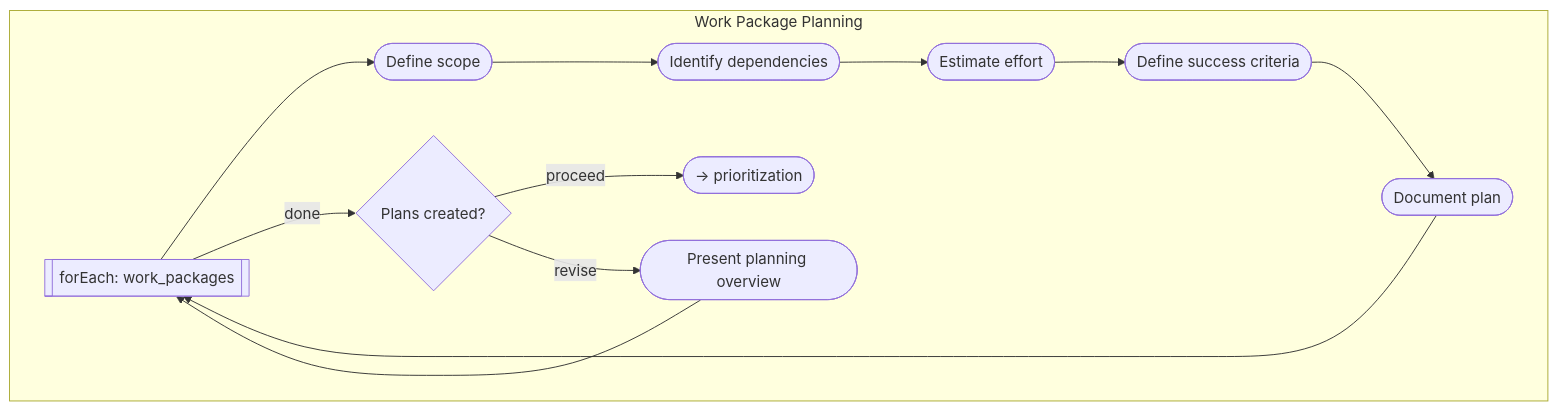
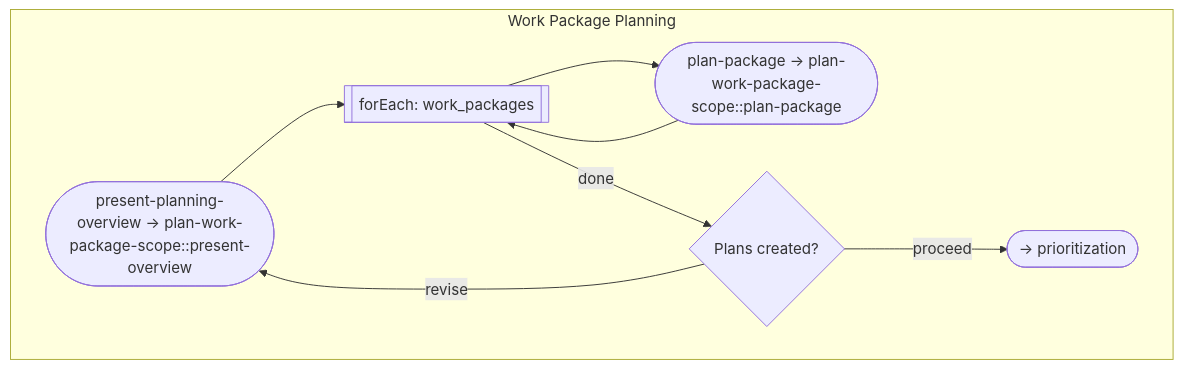
Before and after one commit to m2ux/workflow-server: the fifth of 8 diagrams in work-packages/README.md, drawn with Mermaid. The commit also changed other lines of this file and 15 other files, not shown here.

````diff
--- a/work-packages/README.md
+++ b/work-packages/README.md
@@ -159,20 +147,16 @@
 ```mermaid
 graph TD
     subgraph package-planning[Work Package Planning]
+        p1([present-planning-overview → plan-work-package-scope::present-overview])
         loop[[forEach: work_packages]]
-        p1([Present planning overview])
-        p2([Define scope])
-        p3([Identify dependencies])
-        p4([Estimate effort])
-        p5([Define success criteria])
-        p6([Document plan])
+        p2([plan-package → plan-work-package-scope::plan-package])
         cp1{Plans created?}
         
         p1 --> loop
-        loop --> p2 --> p3 --> p4 --> p5 --> p6
-        p6 --> loop
+        loop --> p2
+        p2 --> loop
         loop -->|done| cp1
         cp1 -->|proceed| Next([→ prioritization])
         cp1 -->|revise| p1
     end
 ```
````
